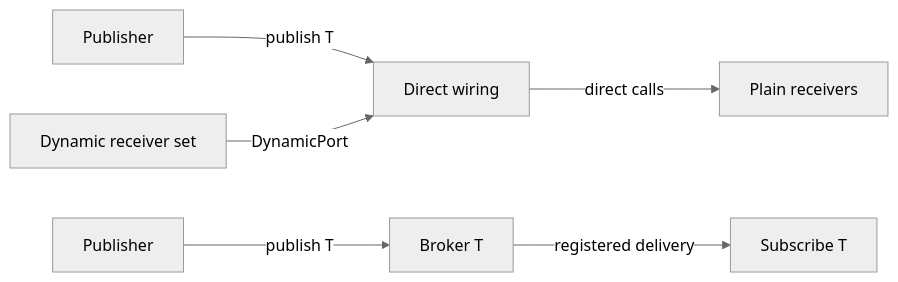
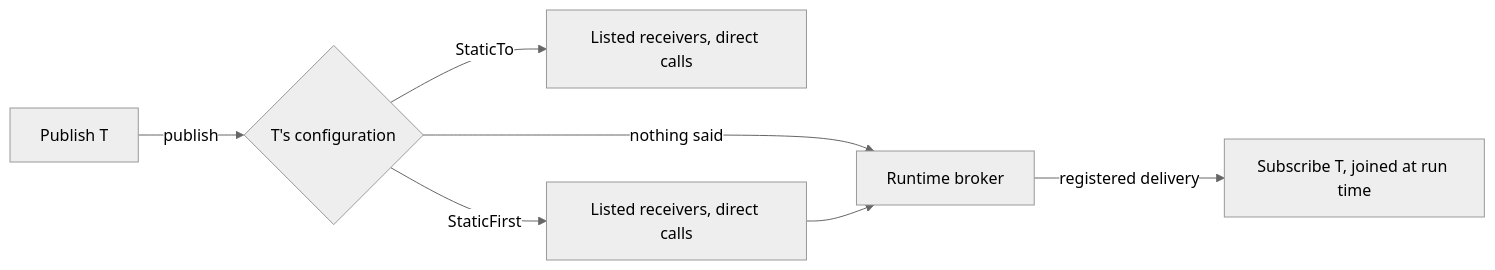
The diagram in README.md (CraigHutchinson/Sub0Pub), drawn with Mermaid (neutral theme) before and after one commit. The commit also changed other lines of this file and 51 other files, not shown here.

First line of the commit message:
Remove the Publisher mixin and DynamicPort

````diff
--- a/README.md
+++ b/README.md
@@ -18,8 +47,9 @@
 ```mermaid
 flowchart LR
-    P1[Publisher] -->|publish T| W[Direct wiring]
-    W -->|direct calls| R[Plain receivers]
-    P2[Publisher] -->|publish T| B[Broker T]
-    B -->|registered delivery| S[Subscribe T]
-    D[Dynamic receiver set] -->|DynamicPort| W
+    P[Publish T] -->|publish| C{T's configuration}
+    C -->|nothing said| B[Runtime broker]
+    C -->|StaticTo| R[Listed receivers, direct calls]
+    C -->|StaticFirst| F[Listed receivers, direct calls]
+    F --> B
+    B -->|registered delivery| S[Subscribe T, joined at run time]
 ```
````
